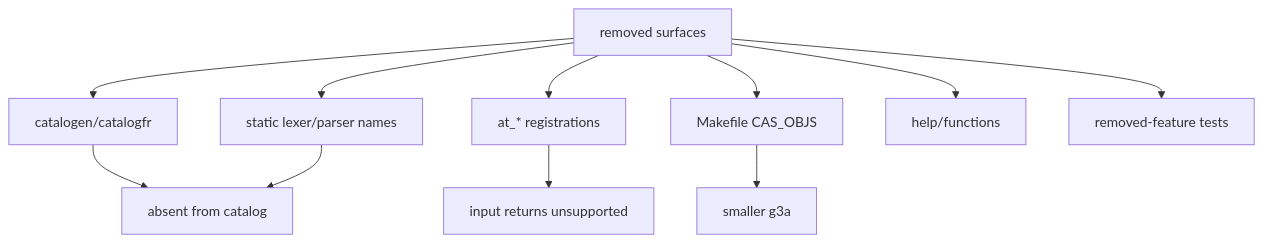
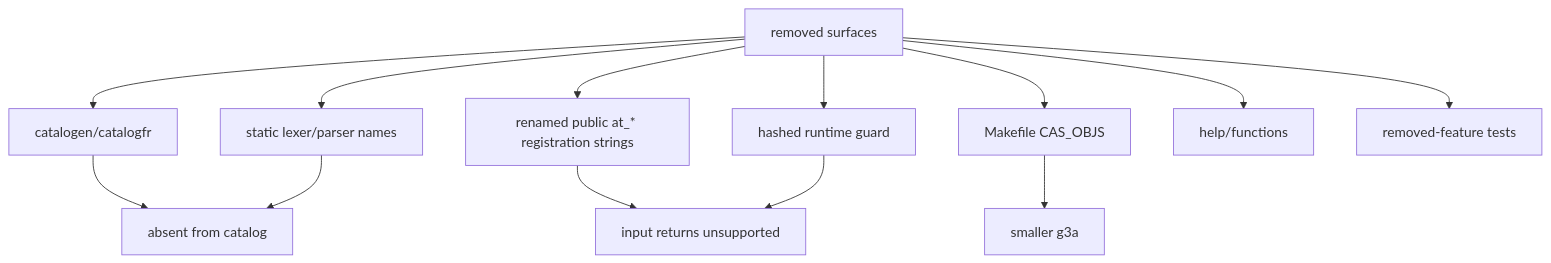
Before and after one commit to james8464/notes-addin-casio-fx-cg50: the fourth of 7 diagrams in docs/GRAPH.md, drawn with Mermaid. The commit also changed other lines of this file and 76 other files, not shown here.

````diff
--- a/docs/GRAPH.md
+++ b/docs/GRAPH.md
@@ -50,14 +56,16 @@
 ```mermaid
 graph TD
   Remove["removed surfaces"] --> Cat["catalogen/catalogfr"]
   Remove --> Lex["static lexer/parser names"]
-  Remove --> Eval["at_* registrations"]
+  Remove --> Eval["renamed public at_* registration strings"]
+  Remove --> Hash["hashed runtime guard"]
   Remove --> Obj["Makefile CAS_OBJS"]
   Remove --> Help["help/functions"]
   Remove --> Tests["removed-feature tests"]
 
   Cat --> Gate["absent from catalog"]
   Lex --> Gate
   Eval --> Gate2["input returns unsupported"]
+  Hash --> Gate2
   Obj --> Size["smaller g3a"]
 ```
````
